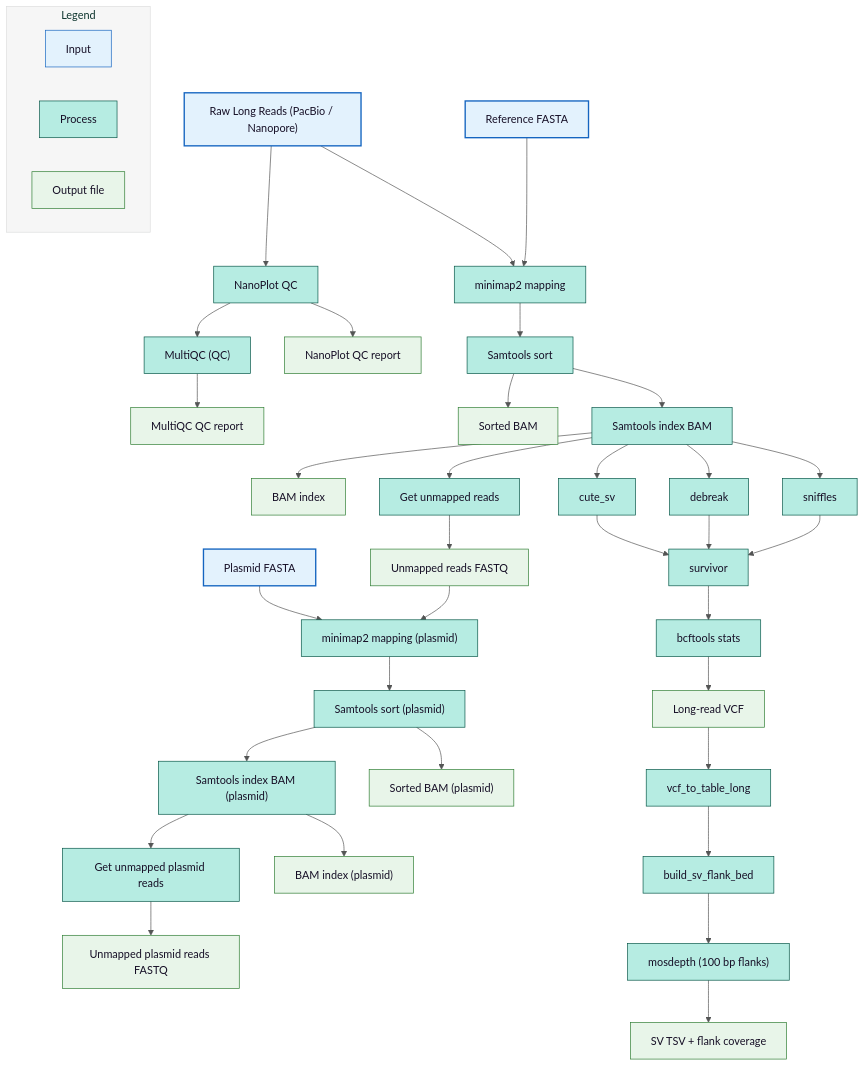
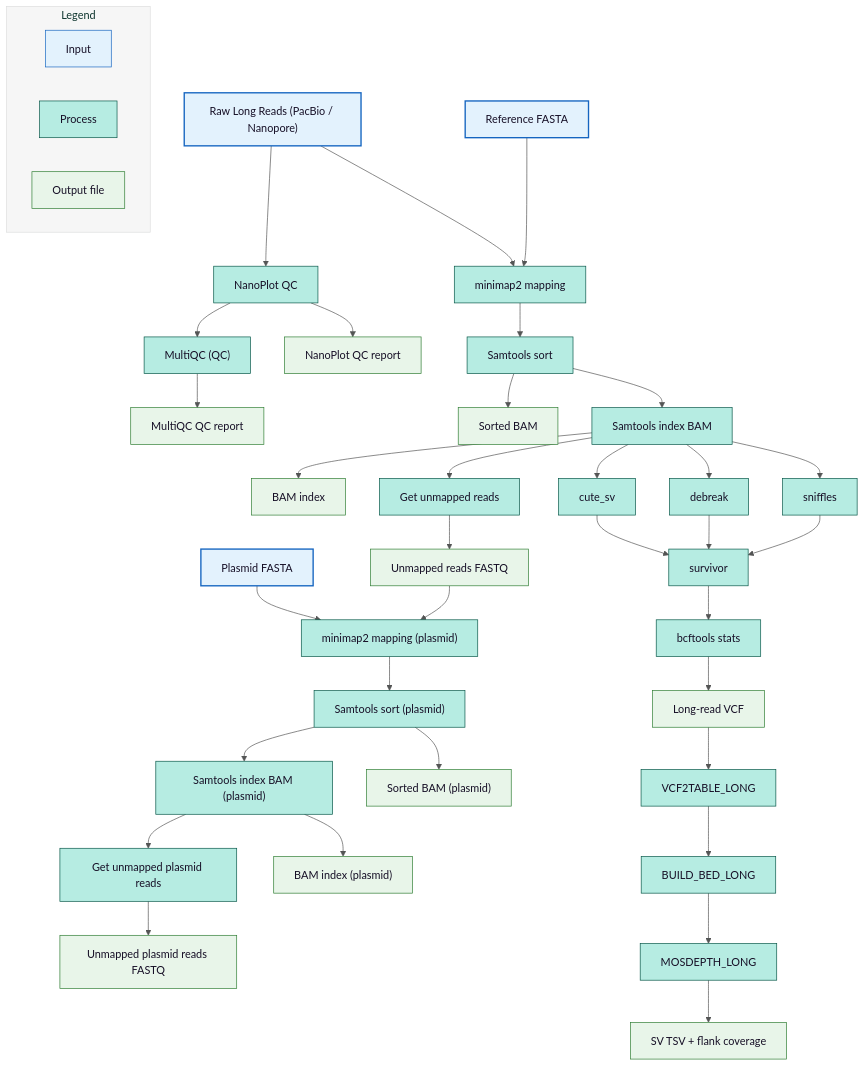
One commit to denisHanch/efsa_pipeline changed the diagram in docs/outputs/long-reads.md. Above: the diagram before and after it, drawn with Mermaid. The commit also changed other lines of this file and 24 other files, not shown here.

```diff
--- a/docs/outputs/long-reads.md
+++ b/docs/outputs/long-reads.md
@@ -75,9 +75,7 @@
 SNIFFLES["sniffles"]
 SURVIVOR["survivor"]
 BCFTOOLS_STATS["bcftools stats"]
-VCF2TABLE_LONG["vcf_to_table_long"]
-BUILD_BED_LONG["build_sv_flank_bed"]
-MOSDEPTH_LONG["mosdepth (100 bp flanks)"]
+
 SV_TSV_LONG["SV TSV + flank coverage"]:::output
 LONG_VCF["Long-read VCF"]:::output
 
```
